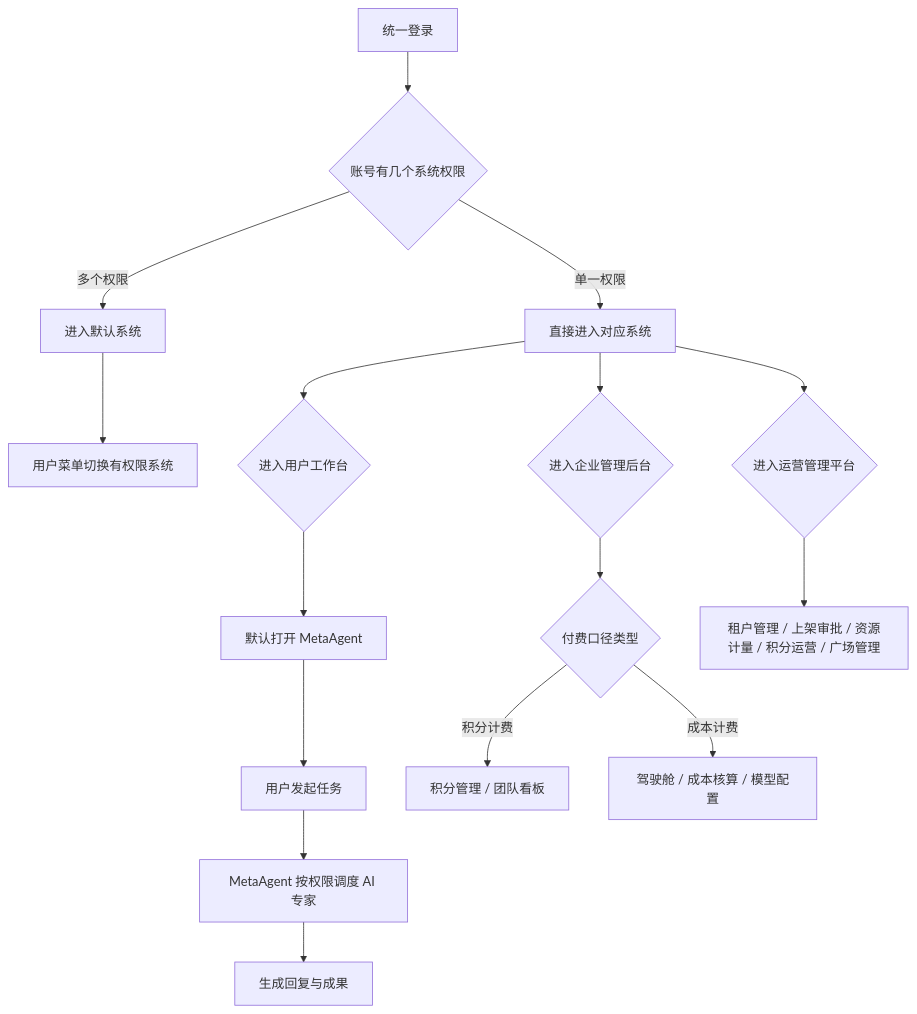
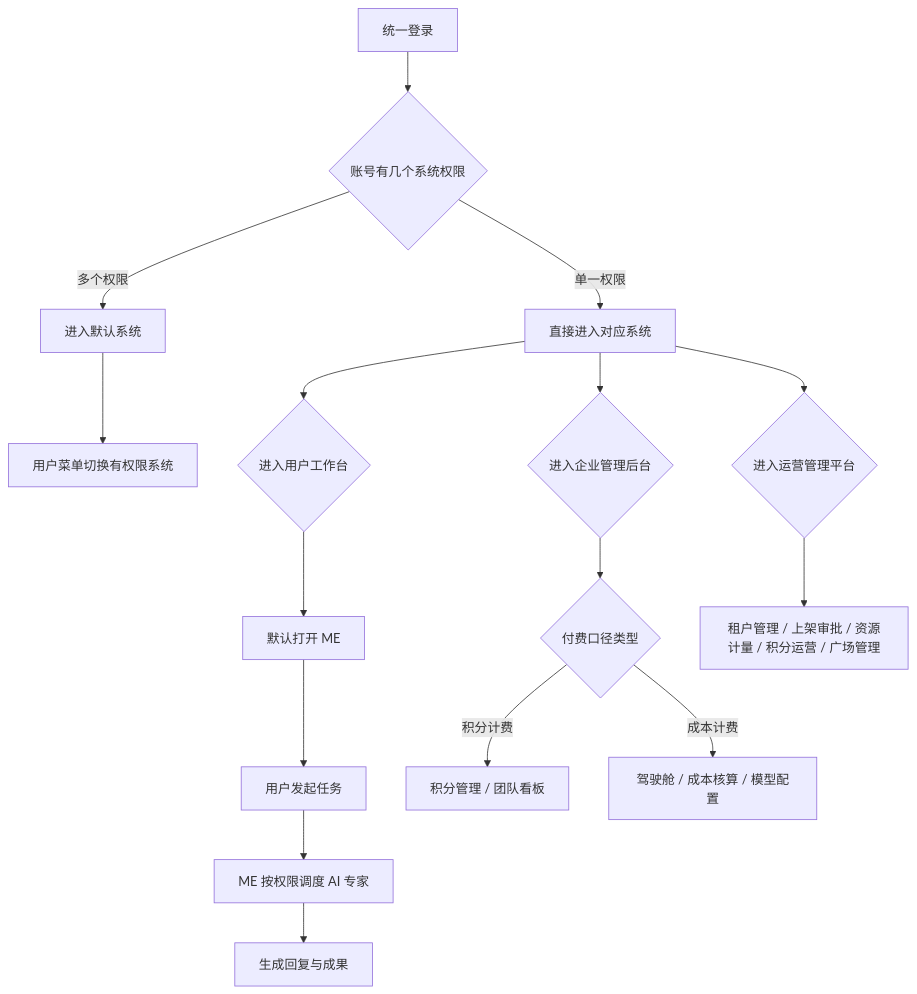
The diagram in Frontis AI · V0.6 PRD.md (wanquanY/Frontis_prd), drawn with Mermaid before and after one commit. The commit also changed other lines of this file and 17 other files, not shown here.

Commit message:
chore: rename Meta Agent to ME

````diff
--- a/Frontis AI · V0.6 PRD.md
+++ b/Frontis AI · V0.6 PRD.md
@@ -129,18 +129,18 @@
 ```mermaid
 flowchart TD
   A["统一登录"] --> B{"账号有几个系统权限"}
   B -->|单一权限| C["直接进入对应系统"]
   B -->|多个权限| D["进入默认系统"]
   D --> E["用户菜单切换有权限系统"]
   C --> F{"进入用户工作台"}
-  F --> G["默认打开 MetaAgent"]
+  F --> G["默认打开 ME"]
   G --> H["用户发起任务"]
-  H --> I["MetaAgent 按权限调度 AI 专家"]
+  H --> I["ME 按权限调度 AI 专家"]
   I --> J["生成回复与成果"]
   C --> L{"进入企业管理后台"}
   L --> M{"付费口径类型"}
   M -->|积分计费| N["积分管理 / 团队看板"]
   M -->|成本计费| O["驾驶舱 / 成本核算 / 模型配置"]
   C --> P{"进入运营管理平台"}
   P --> Q["租户管理 / 上架审批 / 资源计量 / 积分运营 / 广场管理"]
 ```
````
